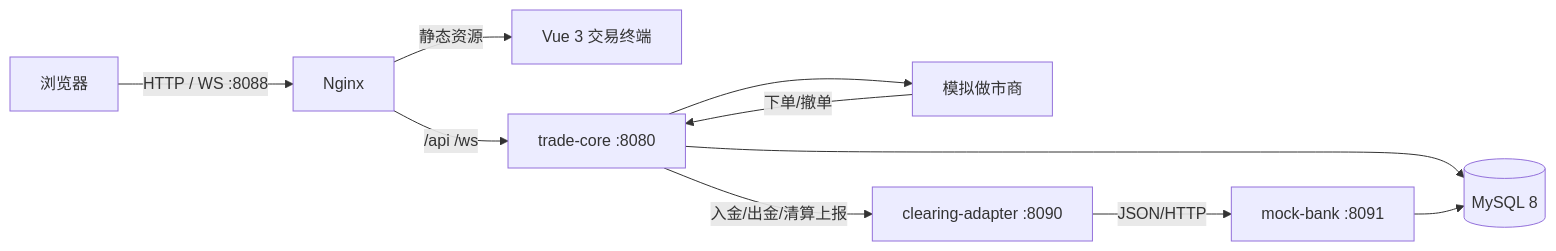
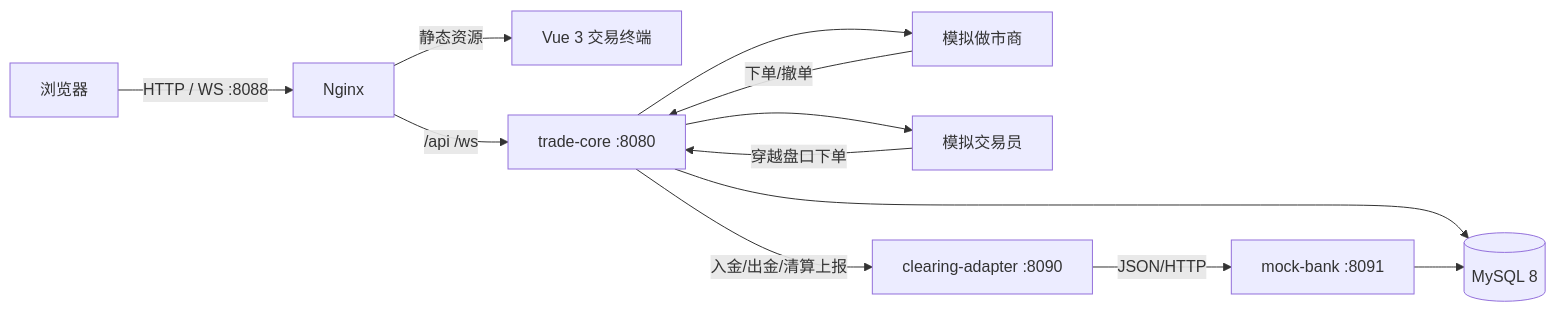
The first of 3 diagrams in docs/ARCHITECTURE.md (Wing233/clearhub-trade-demo), drawn with Mermaid before and after one commit. The commit also changed other lines of this file and 50 other files, not shown here.

Commit message:
Add live market presentation with candles, depth and flow trader

````diff
--- a/docs/ARCHITECTURE.md
+++ b/docs/ARCHITECTURE.md
@@ -5,12 +5,14 @@
 ```mermaid
 flowchart LR
   U[浏览器] -->|HTTP / WS :8088| N[Nginx]
   N -->|静态资源| W[Vue 3 交易终端]
   N -->|/api /ws| A[trade-core :8080]
   A --> DB[(MySQL 8)]
   A --> M[模拟做市商]
+  A --> F[模拟交易员]
   M -->|下单/撤单| A
+  F -->|穿越盘口下单| A
   A -->|入金/出金/清算上报| AD[clearing-adapter :8090]
   AD -->|JSON/HTTP| MB[mock-bank :8091]
   MB --> DB
 ```
````
